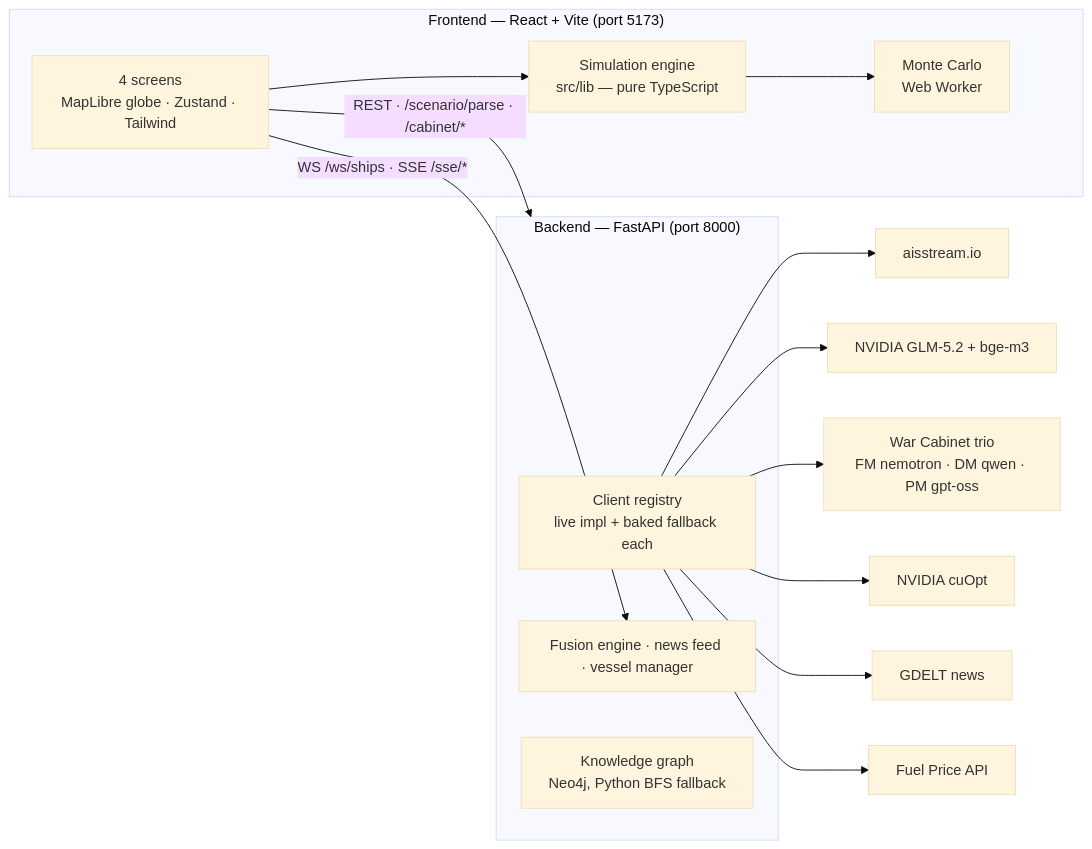
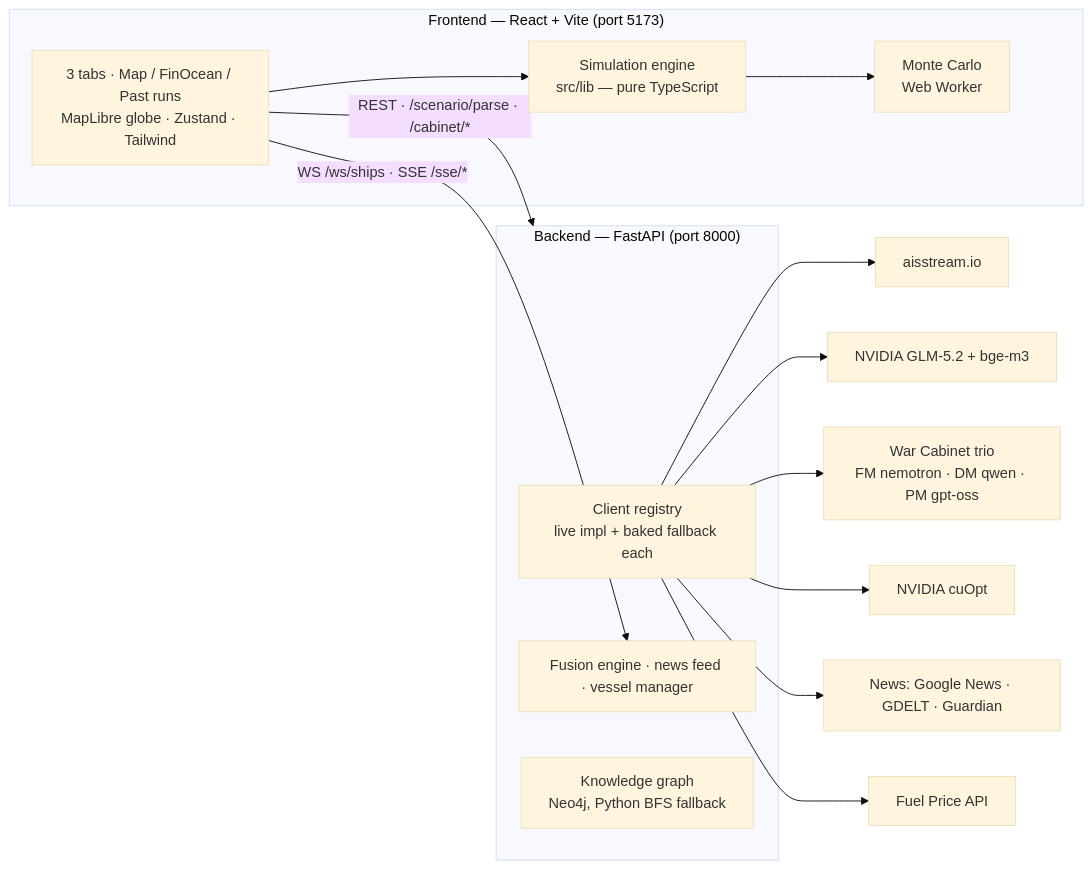
Before and after one commit to shashwatnarwal9/Mr.-Vessel: the diagram in README.md, drawn with Mermaid (base theme). The commit also changed other lines of this file and 73 other files, not shown here.

````diff
--- a/README.md
+++ b/README.md
@@ -106,24 +125,24 @@
 ```mermaid
 flowchart LR
   subgraph Frontend["Frontend — React + Vite (port 5173)"]
-    UI[4 screens<br/>MapLibre globe · Zustand · Tailwind]
+    UI[3 tabs · Map / FinOcean / Past runs<br/>MapLibre globe · Zustand · Tailwind]
     MC[Monte Carlo<br/>Web Worker]
     LIB[Simulation engine<br/>src/lib — pure TypeScript]
     UI --> LIB --> MC
   end
 
   subgraph Backend["Backend — FastAPI (port 8000)"]
     REG[Client registry<br/>live impl + baked fallback each]
     FUS[Fusion engine · news feed · vessel manager]
     KG[Knowledge graph<br/>Neo4j, Python BFS fallback]
   end
 
   UI -- "WS /ws/ships · SSE /sse/*" --> FUS
   UI -- "REST · /scenario/parse · /cabinet/*" --> Backend
   REG --> AIS[aisstream.io]
   REG --> NV[NVIDIA GLM-5.2 + bge-m3]
   REG --> CAB[War Cabinet trio<br/>FM nemotron · DM qwen · PM gpt-oss]
   REG --> CU[NVIDIA cuOpt]
-  REG --> GD[GDELT news]
+  REG --> GD[News: Google News · GDELT · Guardian]
   REG --> FP[Fuel Price API]
 ```
````
